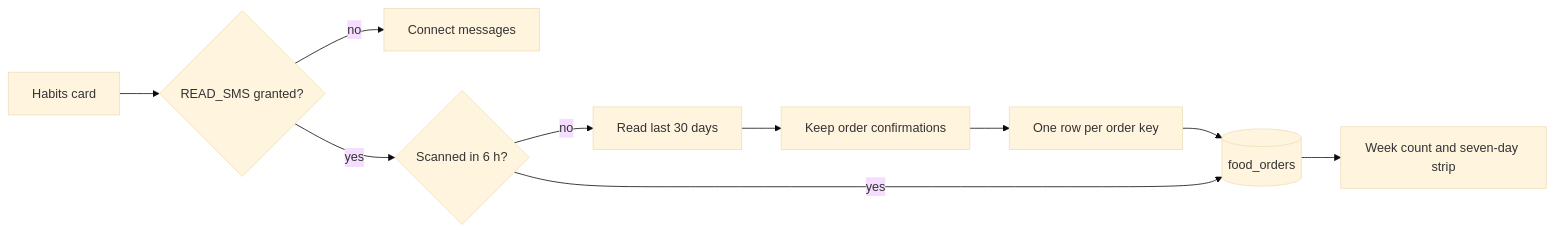
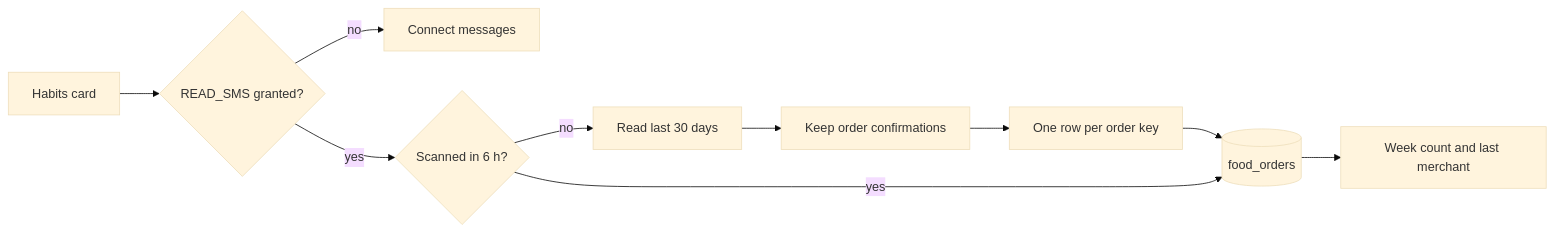
The diagram in docs/food-orders.md (destx0/pulse-mobile), drawn with Mermaid (base theme) before and after one commit. The commit also changed other lines of this file and 6 other files, not shown here.

````diff
--- a/docs/food-orders.md
+++ b/docs/food-orders.md
@@ -43,12 +43,12 @@
 ```mermaid
 flowchart LR
   Open[Habits card] --> Granted{READ_SMS granted?}
   Granted -->|no| Connect[Connect messages]
   Granted -->|yes| Fresh{Scanned in 6 h?}
   Fresh -->|no| Read[Read last 30 days]
   Read --> Parse[Keep order confirmations]
   Parse --> Dedupe[One row per order key]
   Dedupe --> Store[(food_orders)]
   Fresh -->|yes| Store
-  Store --> Card[Week count and seven-day strip]
+  Store --> Card[Week count and last merchant]
 ```
````
